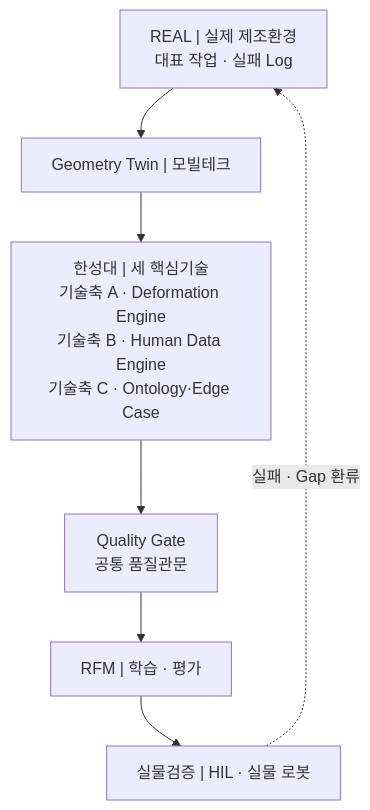
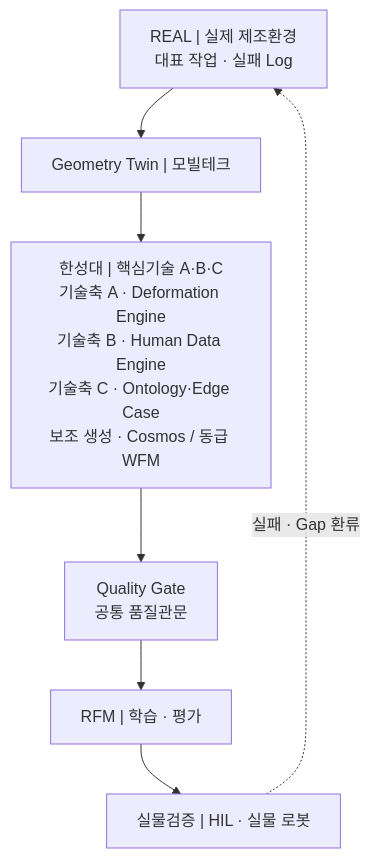
Before and after one commit to parclab-hsu/parclab-hsu.github.io: the second of 2 diagrams in homepage-src/docs/projects/manufacturing-data-factory-rfm/index.md, drawn with Mermaid. The commit also changed other lines of this file and 4 other files, not shown here.

````diff
--- a/homepage-src/docs/projects/manufacturing-data-factory-rfm/index.md
+++ b/homepage-src/docs/projects/manufacturing-data-factory-rfm/index.md
@@ -223,12 +231,12 @@
 ```mermaid
 flowchart TB
     REAL["REAL | 실제 제조환경<br/>대표 작업 · 실패 Log"]
     GEO["Geometry Twin | 모빌테크"]
-    CORE["한성대 | 세 핵심기술<br/>기술축 A · Deformation Engine<br/>기술축 B · Human Data Engine<br/>기술축 C · Ontology·Edge Case"]
+    CORE["한성대 | 핵심기술 A·B·C<br/>기술축 A · Deformation Engine<br/>기술축 B · Human Data Engine<br/>기술축 C · Ontology·Edge Case<br/>보조 생성 · Cosmos / 동급 WFM"]
     GATE["Quality Gate<br/>공통 품질관문"]
     RFM["RFM | 학습 · 평가"]
     TEST["실물검증 | HIL · 실물 로봇"]
 
     REAL --> GEO --> CORE --> GATE --> RFM --> TEST
     TEST -. "실패 · Gap 환류" .-> REAL
 ```
````
